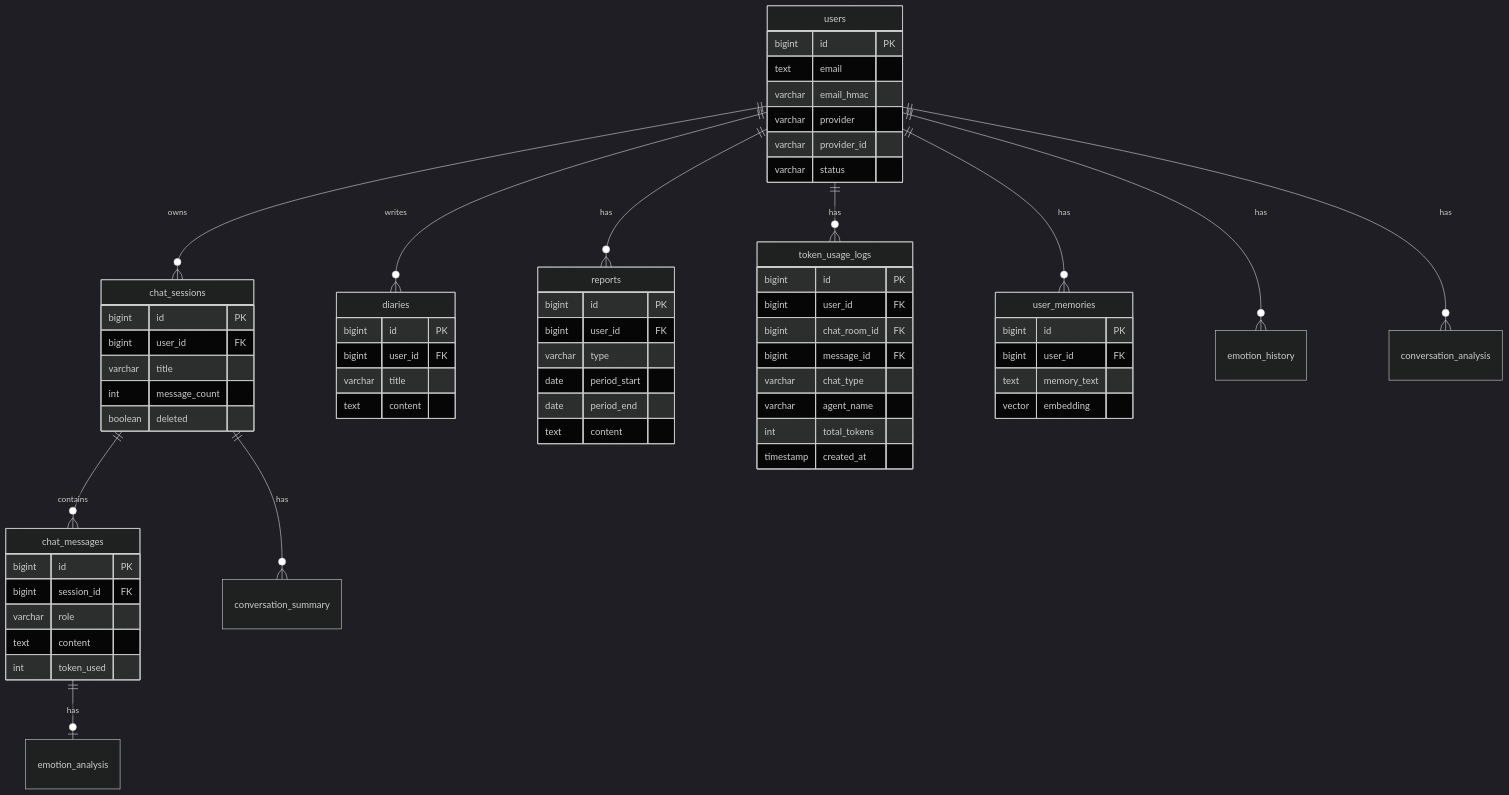
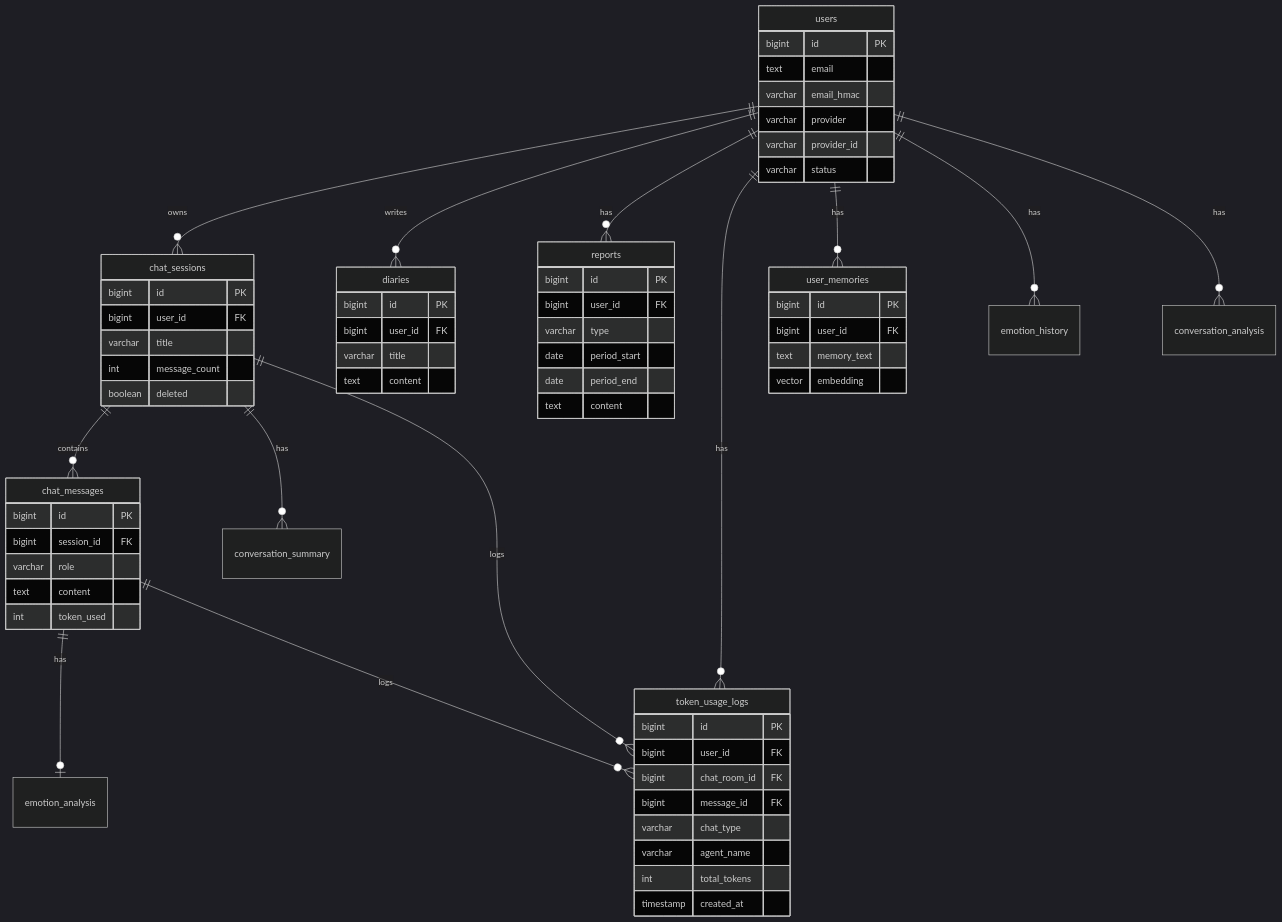
The second of 2 diagrams in index.md (BigHwangTaeYeon/portfolio), drawn with Mermaid (dark theme) before and after one commit.

Commit message:
Refactor relationships in index.md for clarity

````diff
--- a/index.md
+++ b/index.md
@@ -283,72 +283,74 @@
 ```mermaid
 erDiagram
     users ||--o{ chat_sessions : owns
     users ||--o{ diaries : writes
     users ||--o{ reports : has
     users ||--o{ token_usage_logs : has
-    chat_sessions ||--o{ chat_messages : contains
-    chat_messages ||--o| emotion_analysis : has
-    chat_sessions ||--o{ conversation_summary : has
     users ||--o{ user_memories : has
     users ||--o{ emotion_history : has
     users ||--o{ conversation_analysis : has
+    chat_sessions ||--o{ chat_messages : contains
+    chat_sessions ||--o{ conversation_summary : has
+    chat_sessions ||--o{ token_usage_logs : logs
+    chat_messages ||--o| emotion_analysis : has
+    chat_messages ||--o{ token_usage_logs : logs
 
     users {
         bigint id PK
         text email
         varchar email_hmac
         varchar provider
         varchar provider_id
         varchar status
     }
 
     chat_sessions {
         bigint id PK
         bigint user_id FK
         varchar title
         int message_count
         boolean deleted
     }
 
     chat_messages {
         bigint id PK
         bigint session_id FK
         varchar role
         text content
         int token_used
     }
 
     reports {
         bigint id PK
         bigint user_id FK
         varchar type
         date period_start
         date period_end
         text content
     }
 
     diaries {
         bigint id PK
         bigint user_id FK
         varchar title
         text content
     }
 
     user_memories {
         bigint id PK
         bigint user_id FK
         text memory_text
         vector embedding
     }
 
     token_usage_logs {
         bigint id PK
         bigint user_id FK
         bigint chat_room_id FK
         bigint message_id FK
         varchar chat_type
         varchar agent_name
         int total_tokens
         timestamp created_at
     }
 ```
````
